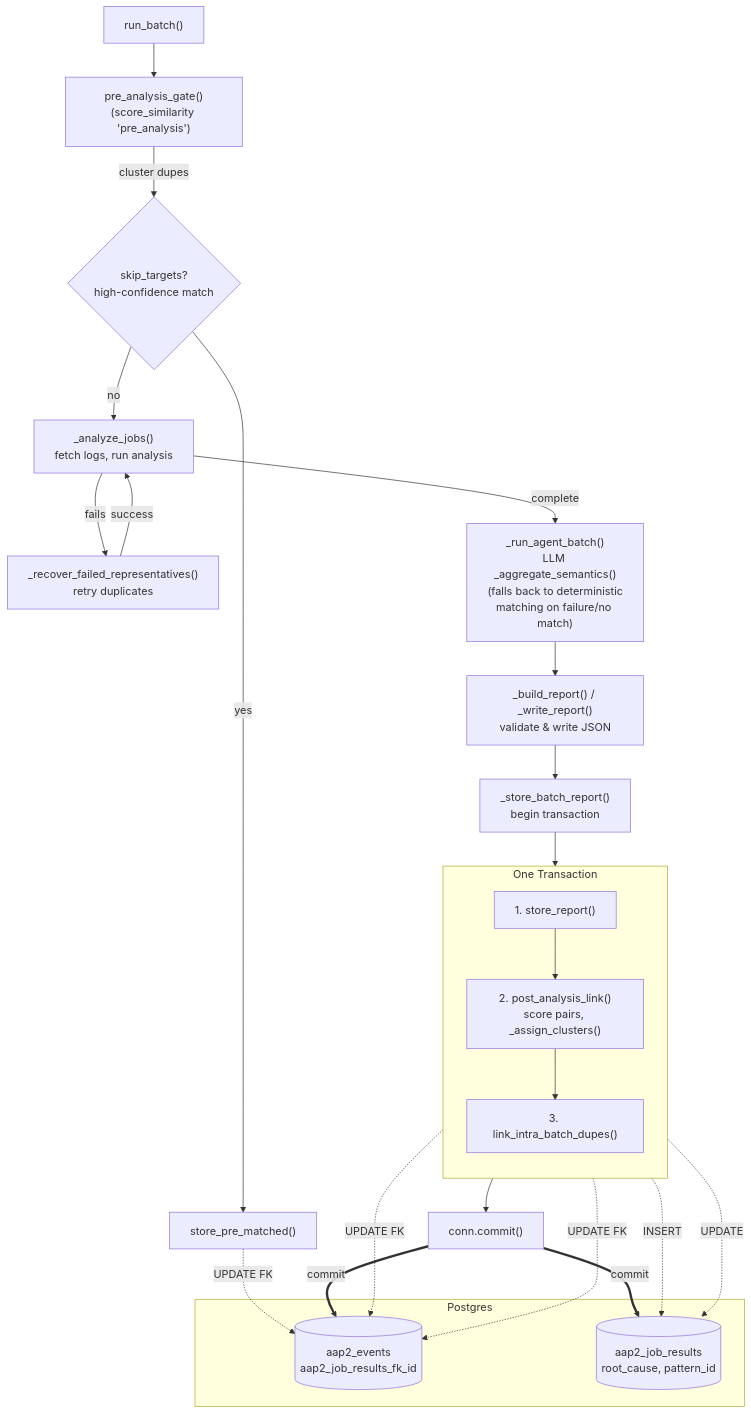
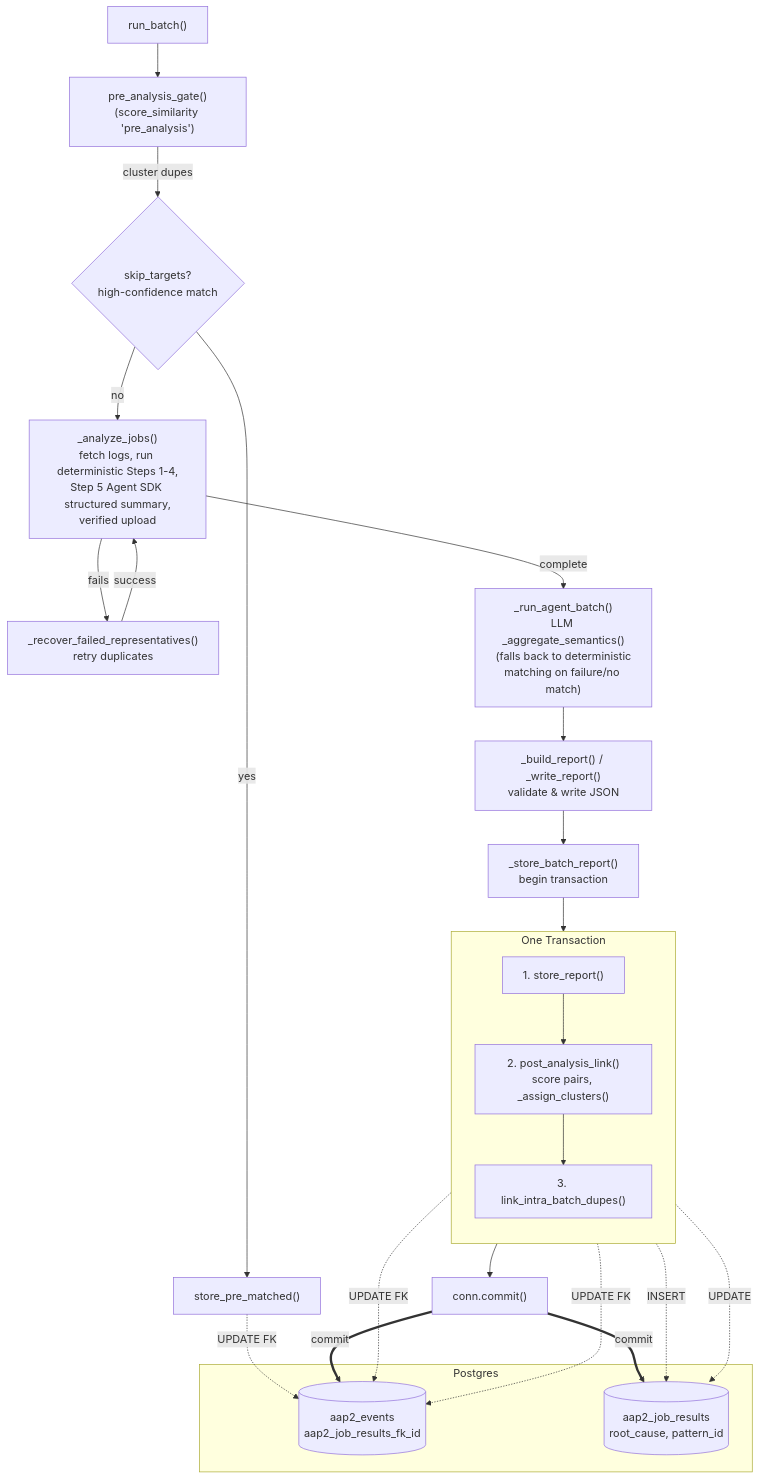
The diagram in docs/design/batch-pipeline-flow.mmd (jerry-ng2/aap2-rca-agent), drawn with Mermaid before and after one commit. The commit also changed 32 other files, not shown here.

Commit message:
refactor: generate RCA structured output schemas from Pydantic

```diff
--- a/docs/design/batch-pipeline-flow.mmd
+++ b/docs/design/batch-pipeline-flow.mmd
@@ -1,50 +1,52 @@
 flowchart TD
     A["run_batch()"] --> B["pre_analysis_gate()
 (score_similarity 'pre_analysis')"]
 
     B -->|cluster dupes| C{"skip_targets?
 high-confidence match"}
     C -->|yes| D["store_pre_matched()"]
     C -->|no| E["_analyze_jobs()
-fetch logs, run analysis"]
+fetch logs, run deterministic Steps 1-4,
+Step 5 Agent SDK structured summary,
+verified upload"]
 
     E -->|fails| F["_recover_failed_representatives()
 retry duplicates"]
     F -->|success| E
     E -->|complete| G["_run_agent_batch()
 LLM _aggregate_semantics()
 (falls back to deterministic
 matching on failure/no match)"]
 
     G --> H["_build_report() / _write_report()
 validate & write JSON"]
 
     H --> I["_store_batch_report()
 begin transaction"]
 
     subgraph TXN["One Transaction"]
         direction TB
         J["1. store_report()"]
         K["2. post_analysis_link()
 score pairs, _assign_clusters()"]
         M["3. link_intra_batch_dupes()"]
         J --> K --> M
     end
 
     I --> J
     M --> Z["conn.commit()"]
 
     subgraph DB["Postgres"]
         S[("aap2_events
 aap2_job_results_fk_id")]
         R[("aap2_job_results
 root_cause, pattern_id")]
     end
 
     D -.->|"UPDATE FK"| S
     J -.->|"INSERT"| R
     J -.->|"UPDATE FK"| S
     K -.->|"UPDATE"| R
     M -.->|"UPDATE FK"| S
     Z ==>|"commit"| S
     Z ==>|"commit"| R
```
